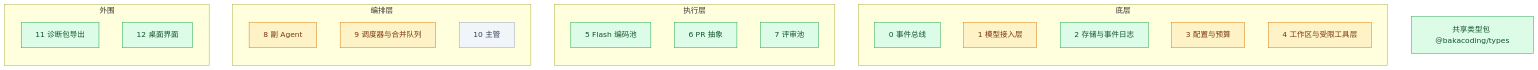
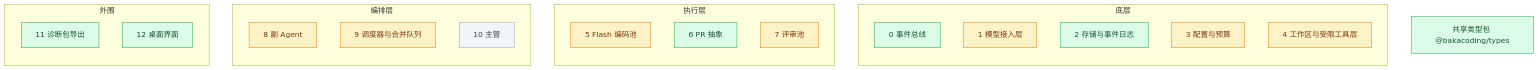
The diagram in docs/progress.md (Akarin7784/BakaCoding), drawn with Mermaid before and after one commit. The commit also changed other lines of this file, not shown here.

Commit message:
docs: progress.md 更新 #37（T-035）合入记录与 main 测试数；模块 5、7 改回进行中

````diff
--- a/docs/progress.md
+++ b/docs/progress.md
@@ -11,33 +11,33 @@
 ```mermaid
 flowchart BT
   subgraph 底层
     M0[0 事件总线]
     M1[1 模型接入层]
     M2[2 存储与事件日志]
     M3[3 配置与预算]
     M4[4 工作区与受限工具层]
   end
   subgraph 执行层
     M5[5 Flash 编码池]
     M6[6 PR 抽象]
     M7[7 评审池]
   end
   subgraph 编排层
     M8[8 副 Agent]
     M9[9 调度器与合并队列]
     M10[10 主管]
   end
   subgraph 外围
     M11[11 诊断包导出]
     M12[12 桌面界面]
   end
   T[共享类型包 @bakacoding/types]
 
   classDef todo fill:#f1f5f9,stroke:#94a3b8,color:#334155
   classDef doing fill:#fef3c7,stroke:#d97706,color:#78350f
   classDef done fill:#dcfce7,stroke:#16a34a,color:#14532d
 
-  class M0,M2,M5,M6,M7,M11,M12,T done
-  class M1,M3,M4,M8,M9 doing
+  class M0,M2,M6,M11,M12,T done
+  class M1,M3,M4,M5,M7,M8,M9 doing
   class M10 todo
 ```
````
